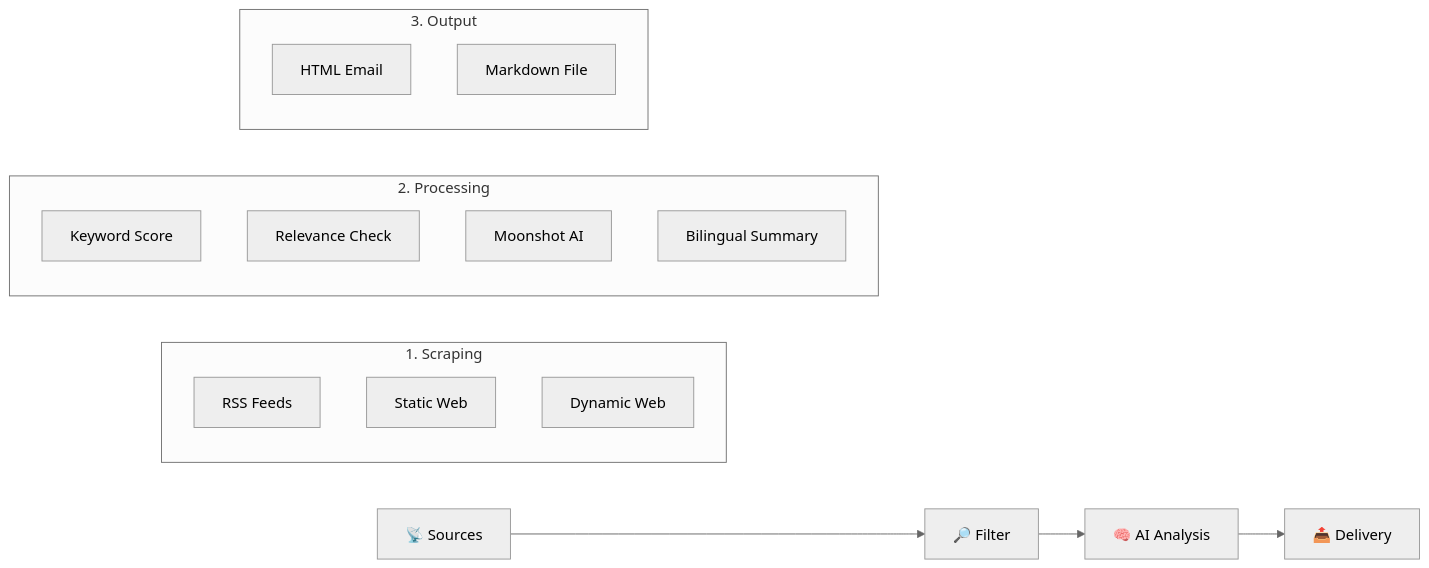
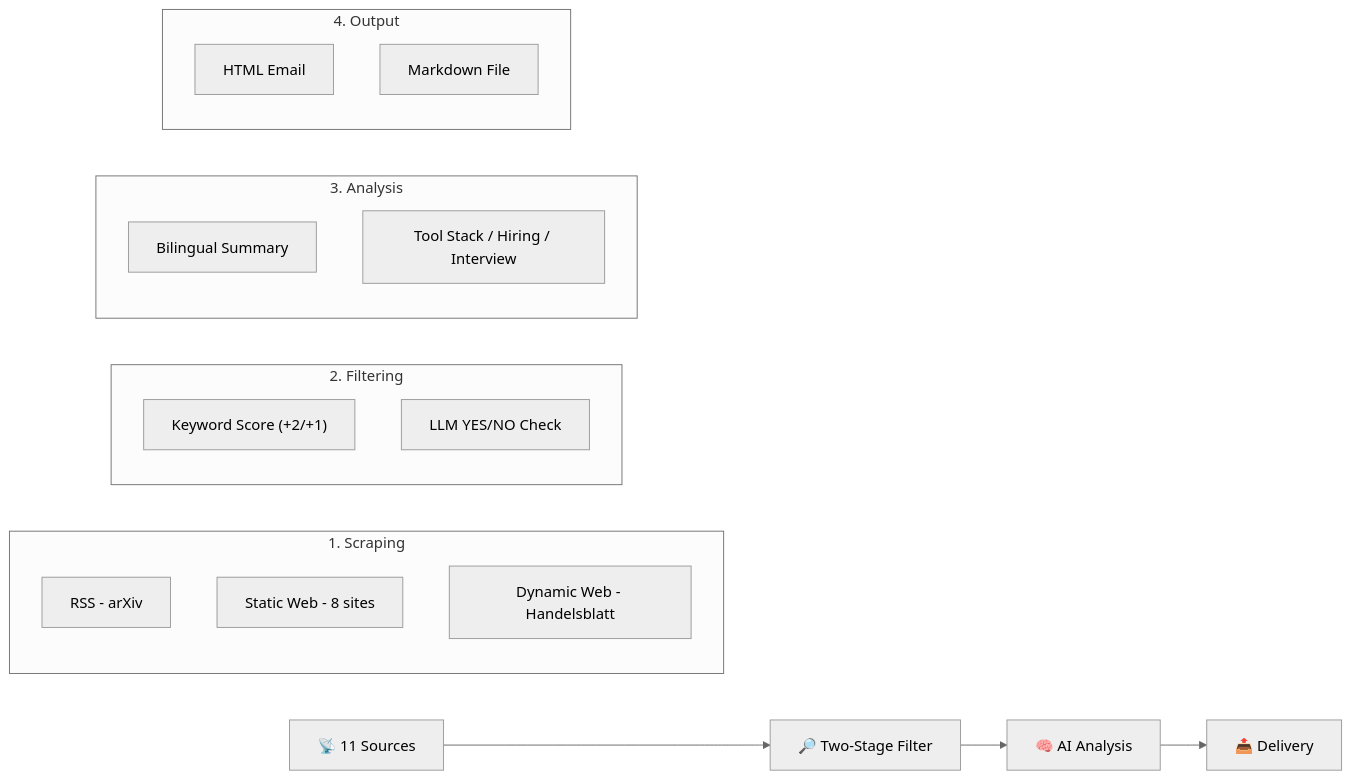
One commit to xuebai12/industrial-ai-news changed the diagram in README.md. Above: the diagram before and after it, drawn with Mermaid (neutral theme). The commit also changed other lines of this file, not shown here.

Commit message:
docs: comprehensive README with data sources, keywords, and filtering details

````diff
--- a/README.md
+++ b/README.md
@@ -141,24 +251,27 @@
 ```mermaid
 graph LR
-    A[📡 Sources] --> B[🔎 Filter]
+    A[📡 11 Sources] --> B[🔎 Two-Stage Filter]
     B --> C[🧠 AI Analysis]
     C --> D[📤 Delivery]
 
     subgraph "1. Scraping"
-    A1[RSS Feeds]
-    A2[Static Web]
-    A3[Dynamic Web]
+    A1[RSS - arXiv]
+    A2[Static Web - 8 sites]
+    A3[Dynamic Web - Handelsblatt]
     end
 
-    subgraph "2. Processing"
-    B1[Keyword Score]
-    B2[Relevance Check]
-    C1[Moonshot AI]
-    C2[Bilingual Summary]
+    subgraph "2. Filtering"
+    B1["Keyword Score (+2/+1)"]
+    B2[LLM YES/NO Check]
     end
 
-    subgraph "3. Output"
+    subgraph "3. Analysis"
+    C1[Bilingual Summary]
+    C2[Tool Stack / Hiring / Interview]
+    end
+
+    subgraph "4. Output"
     D1[HTML Email]
     D2[Markdown File]
     end
 ```
````
